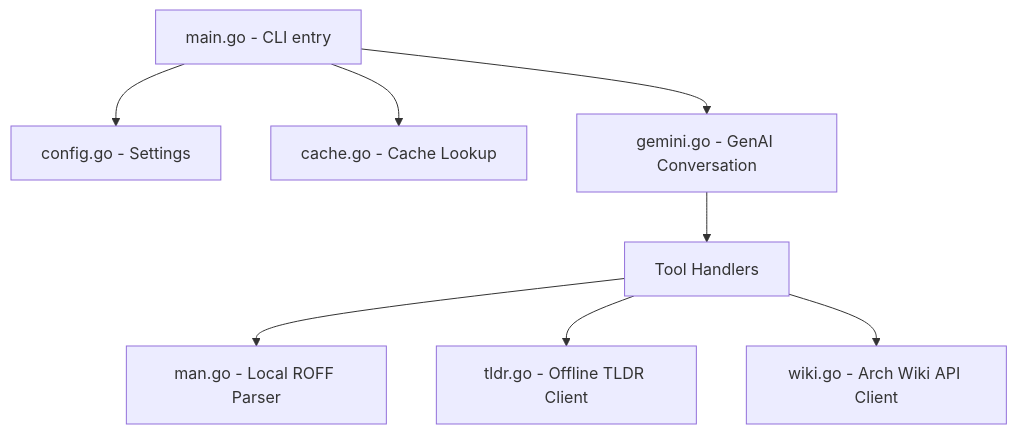
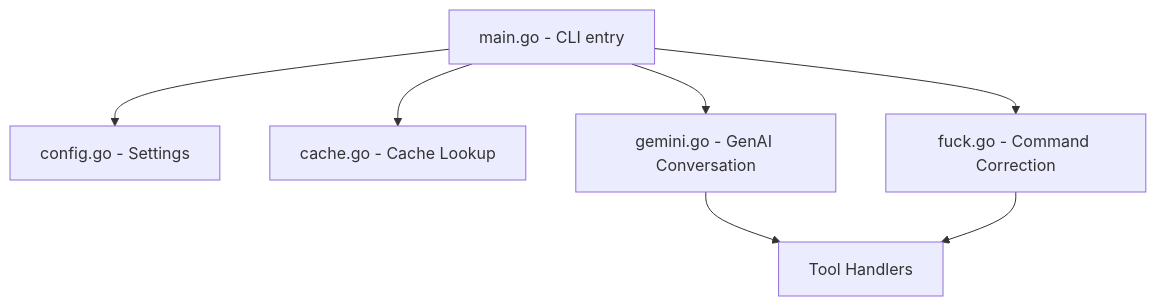
One commit to AmadeusDE/Gemhelp changed the diagram in AGENTS.md. Above: the diagram before and after it, drawn with Mermaid. The commit also changed other lines of this file and 20 other files, not shown here.

````diff
--- a/AGENTS.md
+++ b/AGENTS.md
@@ -7,10 +7,9 @@
 ```mermaid
 graph TD
     CLI[main.go - CLI entry] --> Config[config.go - Settings]
     CLI --> Cache[cache.go - Cache Lookup]
     CLI --> Gemini[gemini.go - GenAI Conversation]
+    CLI --> Fuck[fuck.go - Command Correction]
     Gemini --> ToolCall[Tool Handlers]
-    ToolCall --> Man[man.go - Local ROFF Parser]
-    ToolCall --> Tldr[tldr.go - Offline TLDR Client]
-    ToolCall --> Wiki[wiki.go - Arch Wiki API Client]
+    Fuck --> ToolCall
 ```
````
